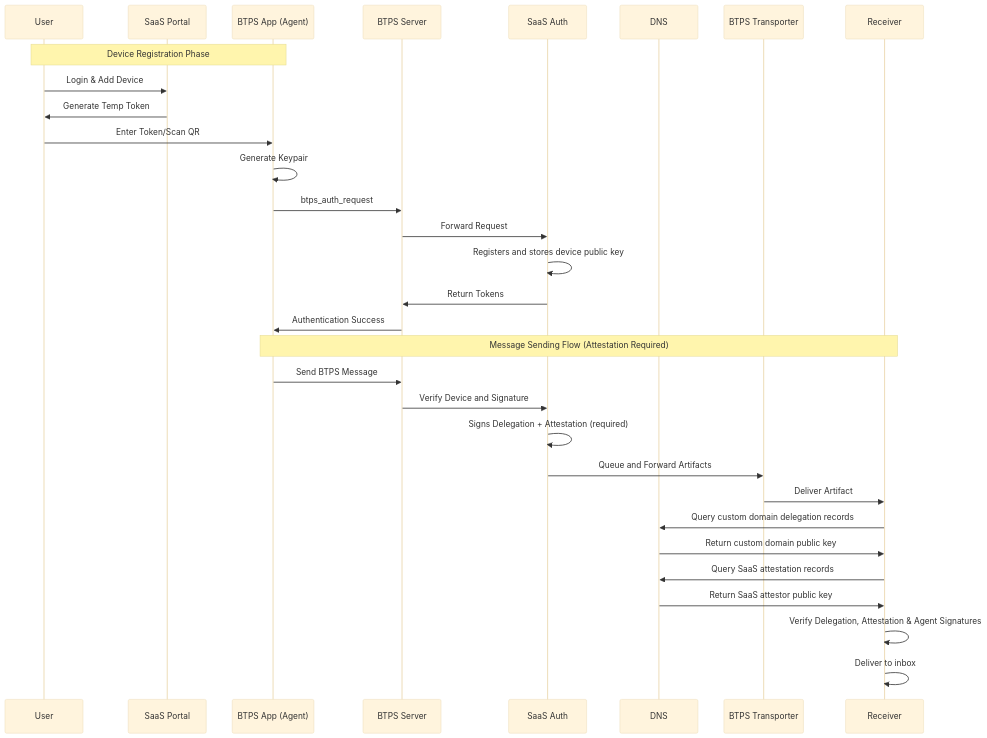
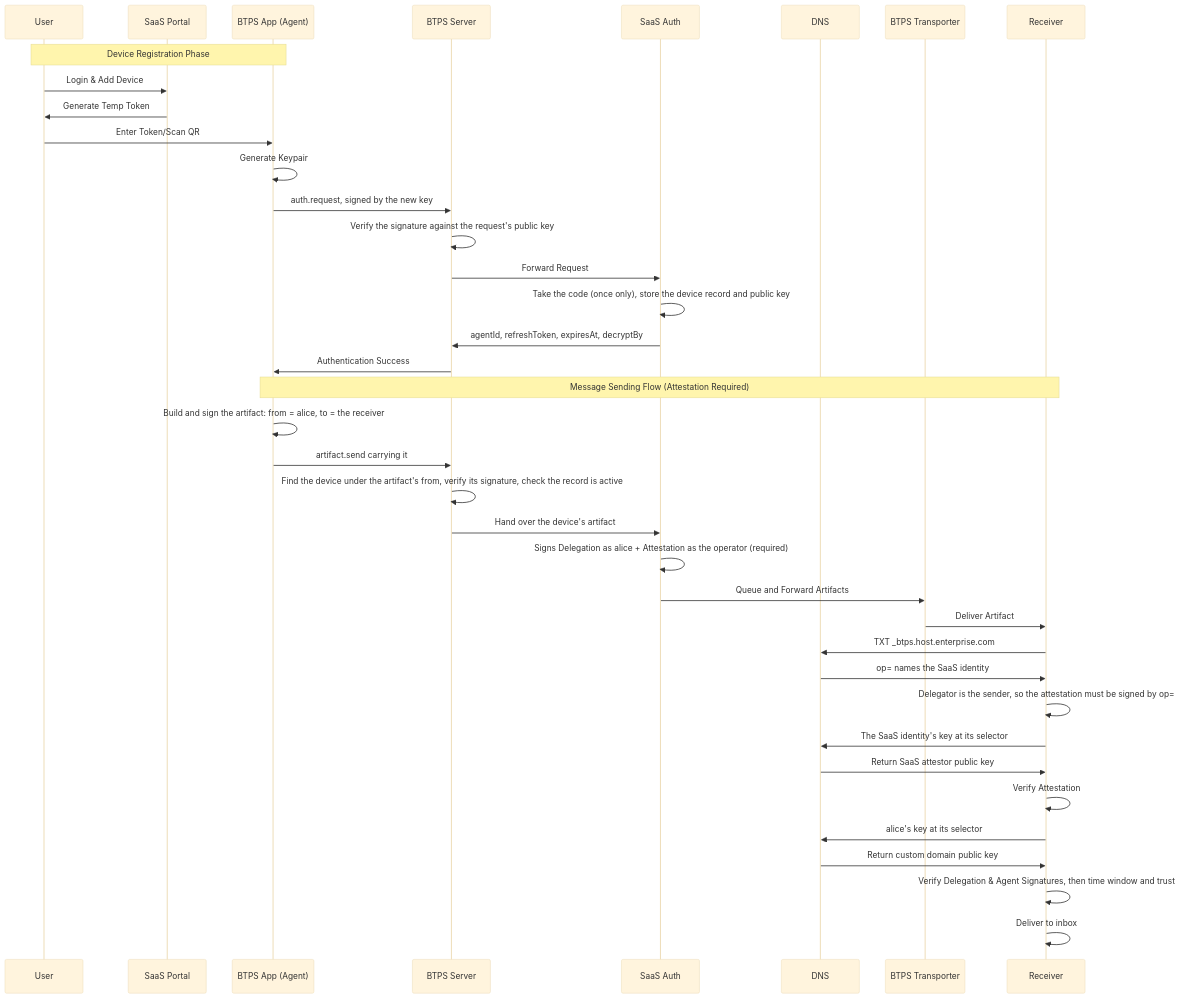
One commit to openbtps/btps-node changed the second of 3 diagrams in docs/docusaurus/docs/protocol/delegation/delegationFlow.md. Above: the diagram before and after it, drawn with Mermaid (base theme). The commit also changed other lines of this file and 26 other files, not shown here.

First line of the commit message:
Docs: bring every diagram in line with 1.1

````diff
--- a/docs/docusaurus/docs/protocol/delegation/delegationFlow.md
+++ b/docs/docusaurus/docs/protocol/delegation/delegationFlow.md
@@ -69,35 +74,42 @@
 ```mermaid
 sequenceDiagram
     participant User
     participant SaaS Portal
     participant BTPS App (Agent)
     participant BTPS Server
     participant SaaS Auth
     participant DNS
     participant BTPS Transporter
     participant Receiver
 
     Note over User,BTPS App (Agent): Device Registration Phase
     User->>SaaS Portal: Login & Add Device
     SaaS Portal->>User: Generate Temp Token
     User->>BTPS App (Agent): Enter Token/Scan QR
     BTPS App (Agent)->>BTPS App (Agent): Generate Keypair
-    BTPS App (Agent)->>BTPS Server: btps_auth_request
+    BTPS App (Agent)->>BTPS Server: auth.request, signed by the new key
+    BTPS Server->>BTPS Server: Verify the signature against the request's public key
     BTPS Server->>SaaS Auth: Forward Request
-    SaaS Auth->>SaaS Auth: Registers and stores device public key
-    SaaS Auth->>BTPS Server: Return Tokens
+    SaaS Auth->>SaaS Auth: Take the code (once only), store the device record and public key
+    SaaS Auth->>BTPS Server: agentId, refreshToken, expiresAt, decryptBy
     BTPS Server->>BTPS App (Agent): Authentication Success
 
     Note over BTPS App (Agent),Receiver: Message Sending Flow (Attestation Required)
-    BTPS App (Agent)->>BTPS Server: Send BTPS Message
-    BTPS Server->>SaaS Auth: Verify Device and Signature
-    SaaS Auth->>SaaS Auth: Signs Delegation + Attestation (required)
+    BTPS App (Agent)->>BTPS App (Agent): Build and sign the artifact: from = alice, to = the receiver
+    BTPS App (Agent)->>BTPS Server: artifact.send carrying it
+    BTPS Server->>BTPS Server: Find the device under the artifact's from, verify its signature, check the record is active
+    BTPS Server->>SaaS Auth: Hand over the device's artifact
+    SaaS Auth->>SaaS Auth: Signs Delegation as alice + Attestation as the operator (required)
     SaaS Auth->>BTPS Transporter: Queue and Forward Artifacts
     BTPS Transporter->>Receiver: Deliver Artifact
-    Receiver->>DNS: Query custom domain delegation records
+    Receiver->>DNS: TXT _btps.host.enterprise.com
+    DNS->>Receiver: op= names the SaaS identity
+    Receiver->>Receiver: Delegator is the sender, so the attestation must be signed by op=
+    Receiver->>DNS: The SaaS identity's key at its selector
+    DNS->>Receiver: Return SaaS attestor public key
+    Receiver->>Receiver: Verify Attestation
+    Receiver->>DNS: alice's key at its selector
     DNS->>Receiver: Return custom domain public key
-    Receiver->>DNS: Query SaaS attestation records
-    DNS->>Receiver: Return SaaS attestor public key
-    Receiver->>Receiver: Verify Delegation, Attestation & Agent Signatures
+    Receiver->>Receiver: Verify Delegation & Agent Signatures, then time window and trust
     Receiver->>Receiver: Deliver to inbox
 ```
````
